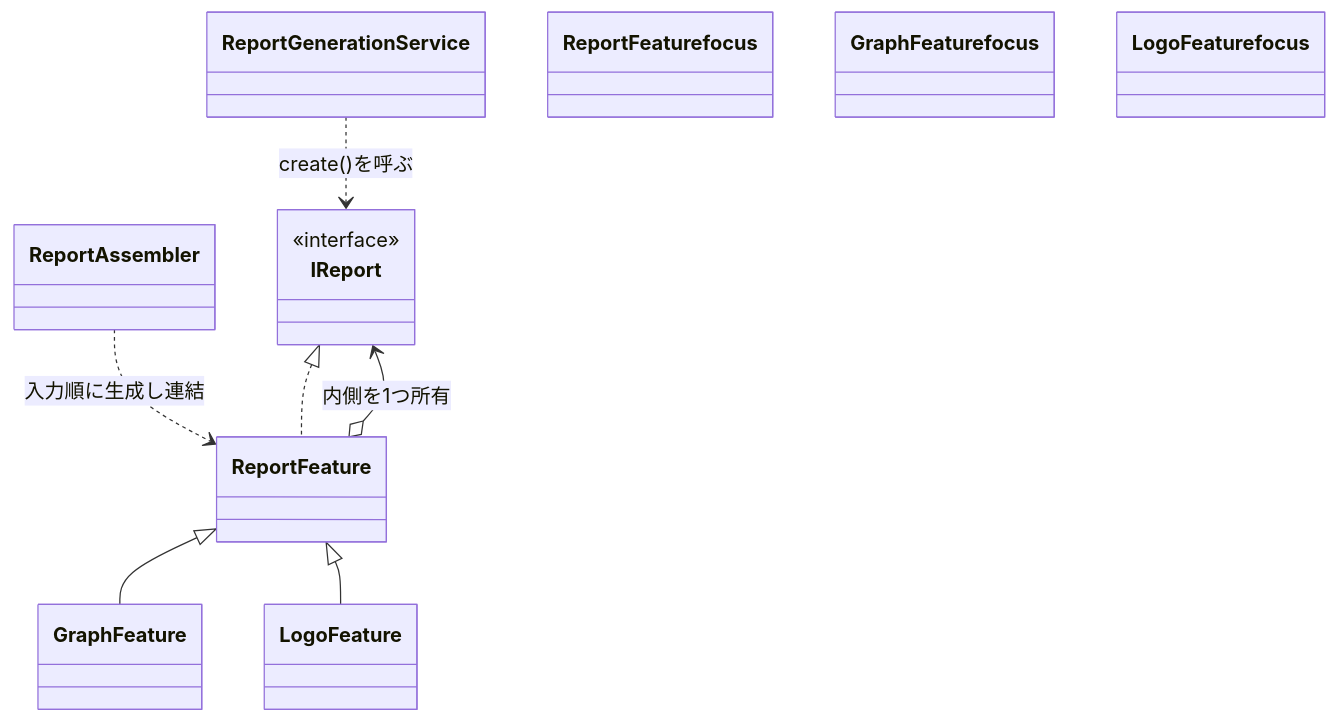
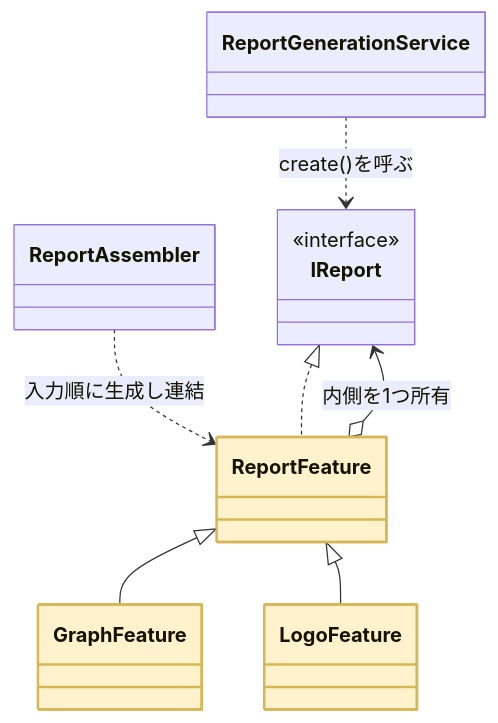
One commit to kumachan1101-pixel/DesignPattern changed the seventh of 18 diagrams in kindle/design-patterns/output/chapter11.md. Above: the diagram before and after it, drawn with Mermaid. The commit also changed other lines of this file and 15 other files, not shown here.

First line of the commit message:
全章classDiagram: phantom浮きクラスを生む着色構文 class X focus を :::focus へ修正（103箇所）

````diff
--- a/kindle/design-patterns/output/chapter11.md
+++ b/kindle/design-patterns/output/chapter11.md
@@ -1462,19 +1462,19 @@
 ```mermaid
 classDiagram
     class ReportGenerationService
     class ReportAssembler
     class IReport { <<interface>> }
     class ReportFeature
     class GraphFeature
     class LogoFeature
     ReportGenerationService ..> IReport : create()を呼ぶ
     ReportAssembler ..> ReportFeature : 入力順に生成し連結
     IReport <|.. ReportFeature
     ReportFeature o--> IReport : 内側を1つ所有
     ReportFeature <|-- GraphFeature
     ReportFeature <|-- LogoFeature
-    class ReportFeature focus
-    class GraphFeature focus
-    class LogoFeature focus
+    class ReportFeature:::focus
+    class GraphFeature:::focus
+    class LogoFeature:::focus
     classDef focus fill:#FFF2CC,stroke:#D6B656,stroke-width:2px
 ```
````
